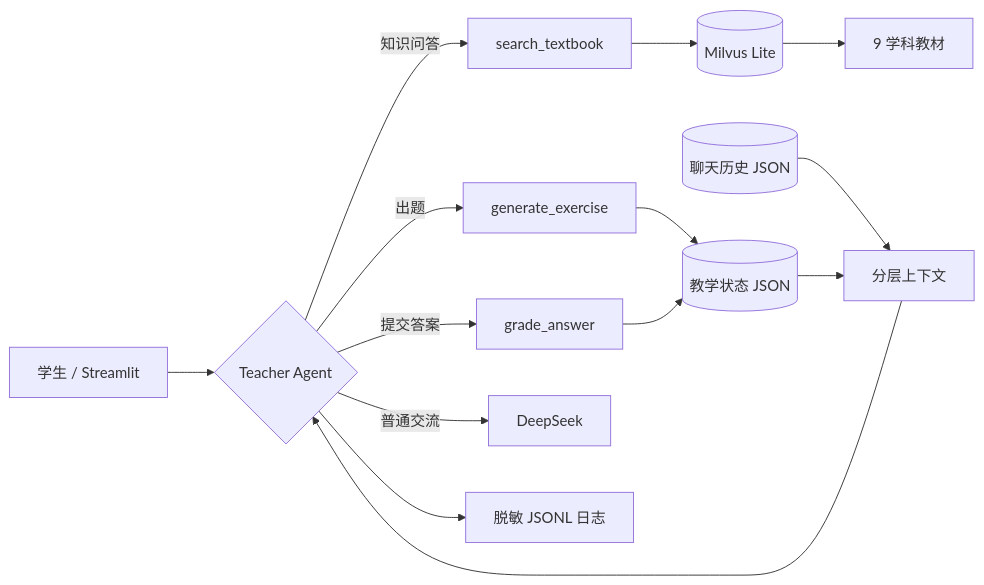
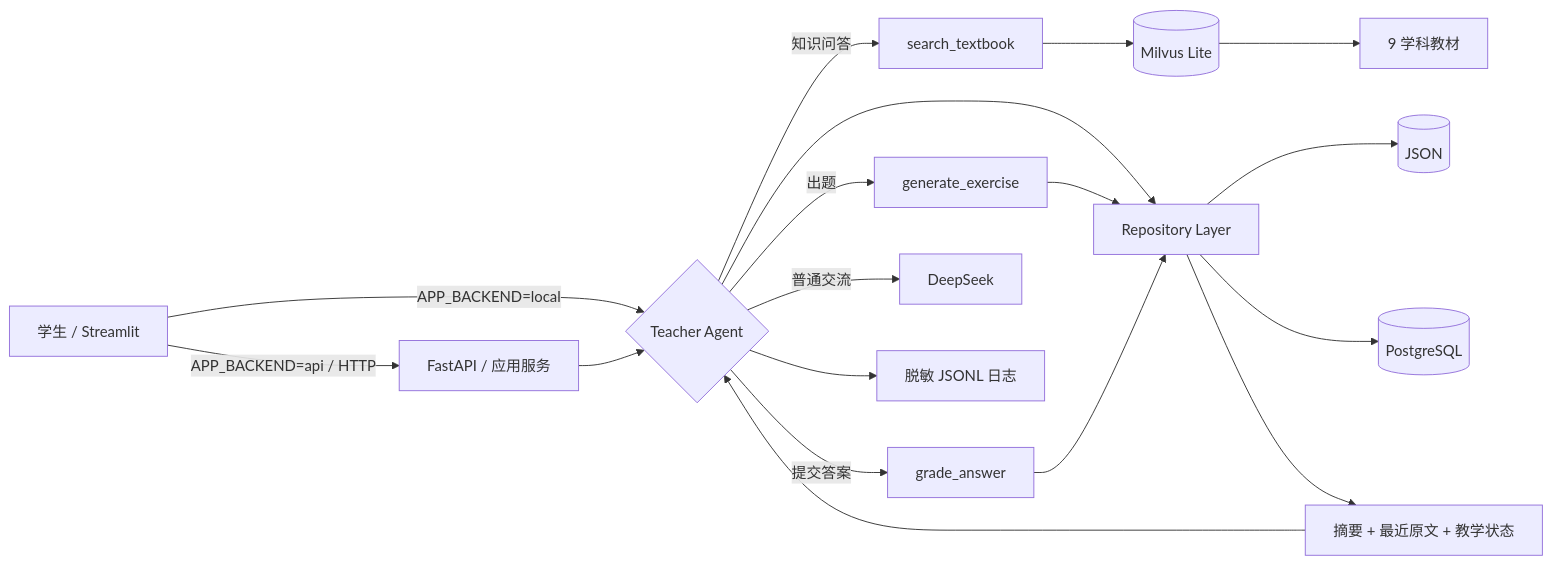
One commit to ChenWX-math/AI_Teacher changed the diagram in README.md. Above: the diagram before and after it, drawn with Mermaid. The commit also changed other lines of this file and 38 other files, not shown here.

Commit message:
feat: add FastAPI and PostgreSQL storage backends

````diff
--- a/README.md
+++ b/README.md
@@ -25,16 +27,20 @@
 ```mermaid
 flowchart LR
-    U[学生 / Streamlit] --> A{Teacher Agent}
+    U[学生 / Streamlit] -->|APP_BACKEND=local| A
+    U -->|APP_BACKEND=api / HTTP| F[FastAPI / 应用服务]
+    F --> A{Teacher Agent}
     A -->|知识问答| R[search_textbook]
     A -->|出题| E[generate_exercise]
     A -->|提交答案| G[grade_answer]
     A -->|普通交流| L[DeepSeek]
     R --> M[(Milvus Lite)]
     M --> D[9 学科教材]
-    E --> S[(教学状态 JSON)]
-    G --> S
-    H[(聊天历史 JSON)] --> C[分层上下文]
-    S --> C
+    A --> P
+    E --> P[Repository Layer]
+    G --> P
+    P --> J[(JSON)]
+    P --> PG[(PostgreSQL)]
+    P --> C[摘要 + 最近原文 + 教学状态]
     C --> A
     A --> O[脱敏 JSONL 日志]
 ```
````
